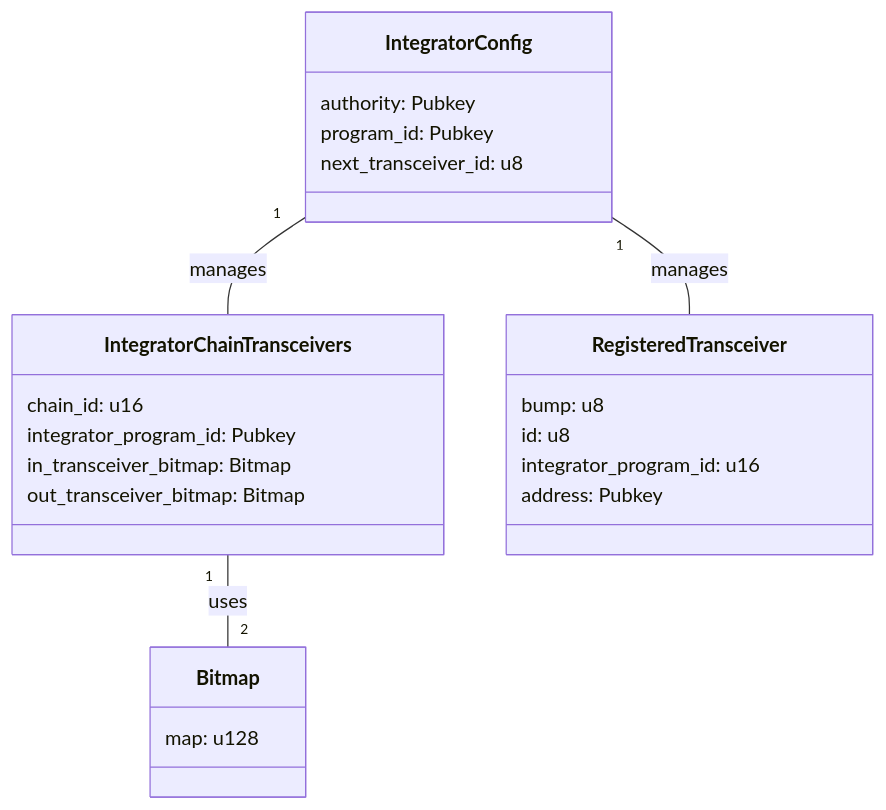
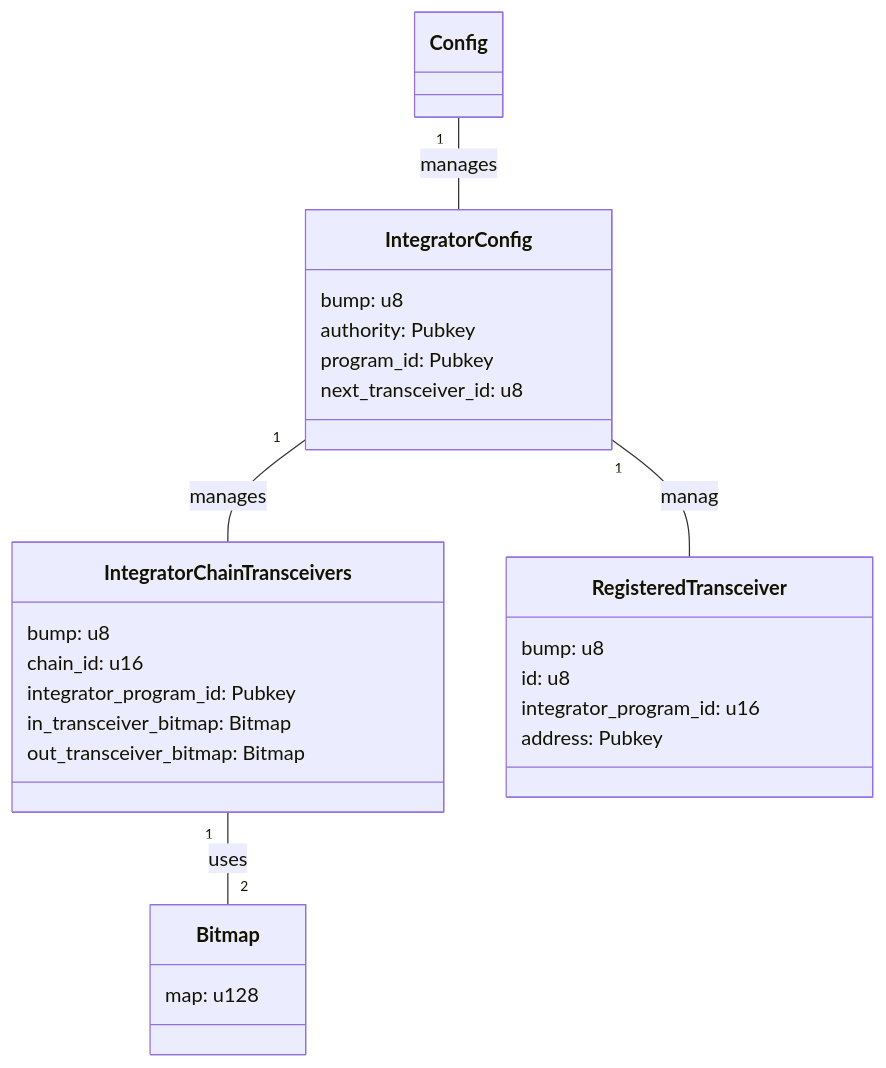
One commit to wormholelabs-xyz/example-messaging-endpoint changed the diagram in svm/programs/router/README.md. Above: the diagram before and after it, drawn with Mermaid. The commit also changed other lines of this file and 2 other files, not shown here.

````diff
--- a/svm/programs/router/README.md
+++ b/svm/programs/router/README.md
@@ -5,30 +5,33 @@
 ```mermaid
 classDiagram
     class IntegratorConfig {
+        bump: u8
         authority: Pubkey
         program_id: Pubkey
         next_transceiver_id: u8
     }
 
     class IntegratorChainTransceivers {
+        bump: u8
         chain_id: u16
         integrator_program_id: Pubkey
         in_transceiver_bitmap: Bitmap
         out_transceiver_bitmap: Bitmap
     }
 
     class RegisteredTransceiver {
         bump: u8
         id: u8
         integrator_program_id: u16
         address: Pubkey
     }
 
     class Bitmap {
         map: u128
     }
 
+   Config "1" -- "" IntegratorConfig : manages
    IntegratorConfig "1" -- "" IntegratorChainTransceivers : manages
    IntegratorChainTransceivers "1" -- "2" Bitmap : uses
-   IntegratorConfig "1" -- "" RegisteredTransceiver : manages
+   IntegratorConfig "1" -- "" RegisteredTransceiver : manag
 ```
````
